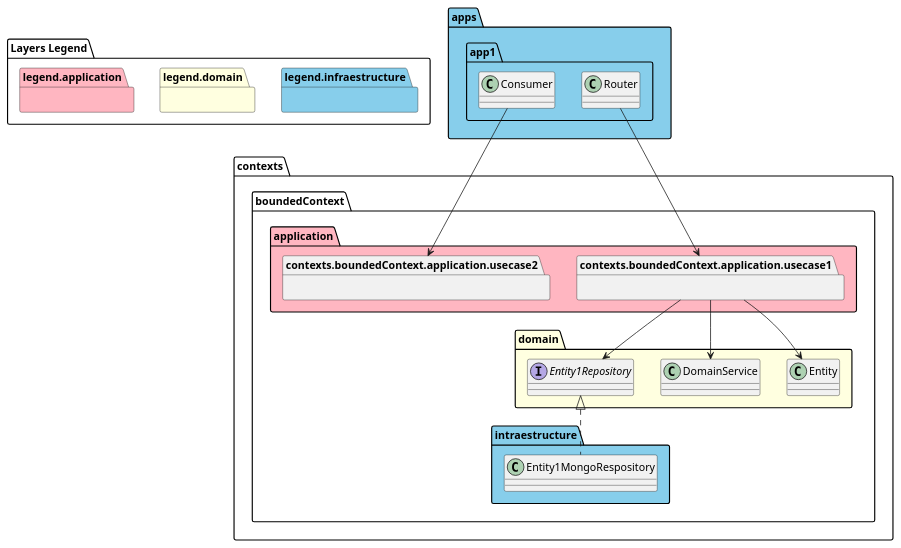
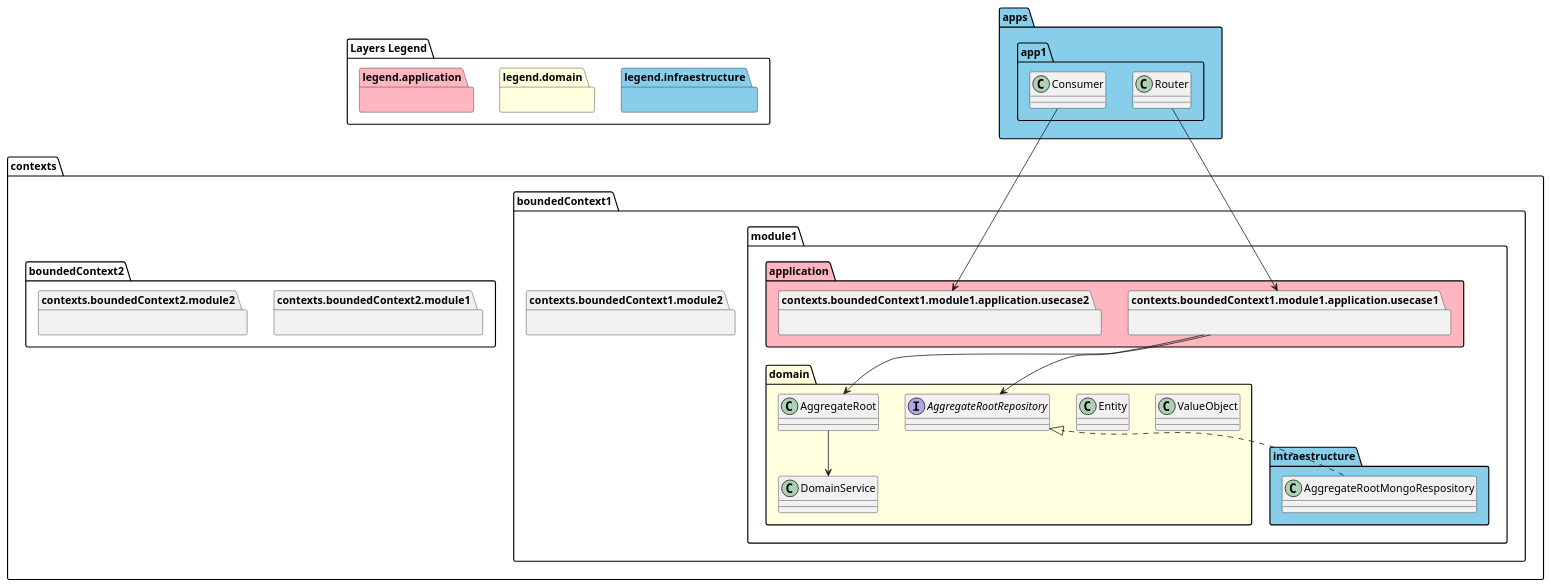
The diagram in hexagonal-ddd/hexagonal-ddd.puml (biko8/software-concepts), drawn with PlantUML before and after one commit.

Commit message:
add modules concept

```diff
--- a/hexagonal-ddd/hexagonal-ddd.puml
+++ b/hexagonal-ddd/hexagonal-ddd.puml
@@ -1,39 +1,49 @@
 @startuml
 
 namespace "Layers Legend" as legend {
     namespace infraestructure #SkyBlue {}
     namespace domain #LightYellow {}
     namespace application #LightPink {}
 }
 
 namespace apps #SkyBlue {
     namespace app1 {
         class Router
         class Consumer
     }
 }
 namespace contexts {
-    namespace boundedContext {
-        namespace application #LightPink {
-            namespace usecase1 {}
-            namespace usecase2 {}
+    namespace boundedContext1 {
+        namespace module1 {
+            namespace application #LightPink {
+                namespace usecase1 {}
+                namespace usecase2 {}
+            }
+            namespace domain #LightYellow {
+                class ValueObject
+                class Entity
+                class AggregateRoot
+                class DomainService
+                interface AggregateRootRepository
+            }
+            namespace intraestructure #SkyBlue {
+                class AggregateRootMongoRespository
+                contexts.boundedContext1.module1.domain.AggregateRootRepository <|.. AggregateRootMongoRespository
+            }
         }
-        namespace domain #LightYellow {
-            class Entity
-            class DomainService
-            interface Entity1Repository
-        }
-        namespace intraestructure #SkyBlue {
-            class Entity1MongoRespository
-            contexts.boundedContext.domain.Entity1Repository <|.. Entity1MongoRespository
-        }
+        namespace module2 {}
+    }
+
+    namespace boundedContext2 {
+        namespace module1 {}
+        namespace module2 {}
     }
 }
 
-apps.app1.Router --> contexts.boundedContext.application.usecase1
-apps.app1.Consumer --> contexts.boundedContext.application.usecase2
-contexts.boundedContext.application.usecase1 --> contexts.boundedContext.domain.Entity1Repository
-contexts.boundedContext.application.usecase1 --> contexts.boundedContext.domain.Entity
-contexts.boundedContext.application.usecase1 --> contexts.boundedContext.domain.DomainService
+apps.app1.Router --> contexts.boundedContext1.module1.application.usecase1
+apps.app1.Consumer --> contexts.boundedContext1.module1.application.usecase2
+contexts.boundedContext1.module1.application.usecase1 --> contexts.boundedContext1.module1.domain.AggregateRootRepository
+contexts.boundedContext1.module1.application.usecase1 --> contexts.boundedContext1.module1.domain.AggregateRoot
+contexts.boundedContext1.module1.domain.AggregateRoot --> contexts.boundedContext1.module1.domain.DomainService
 
 @enduml
```
